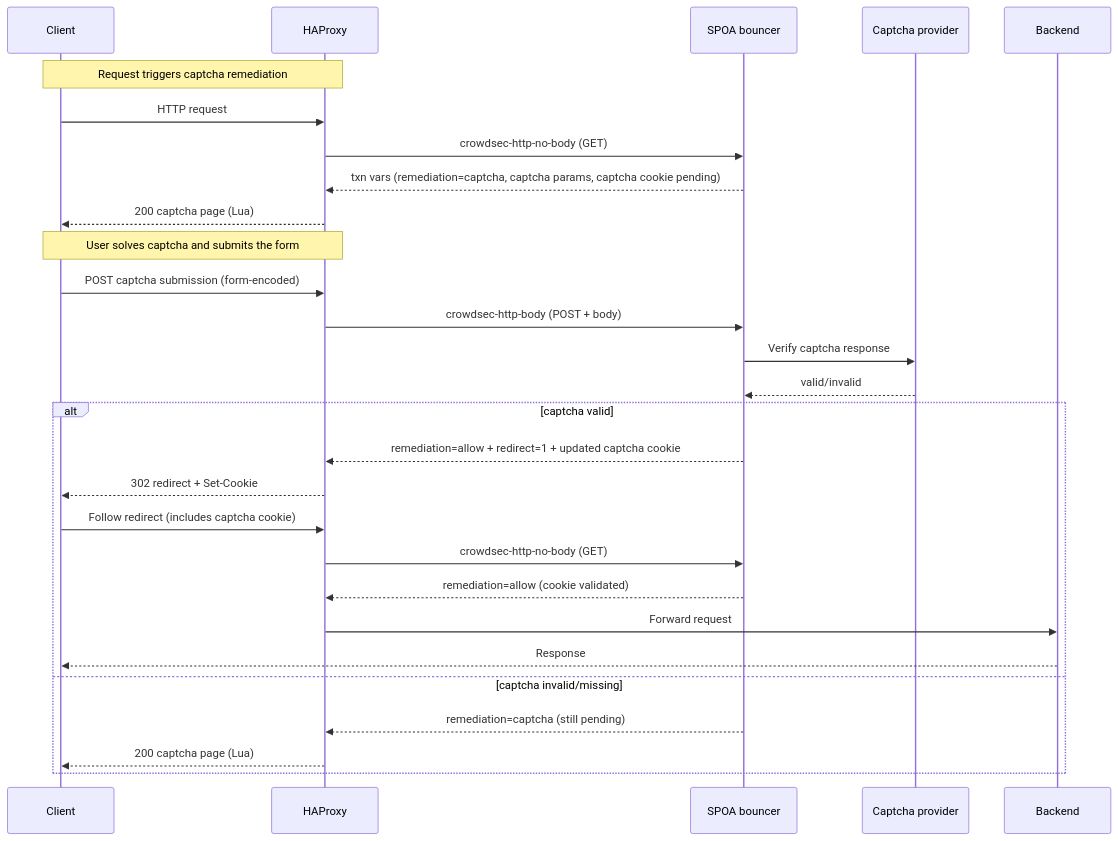
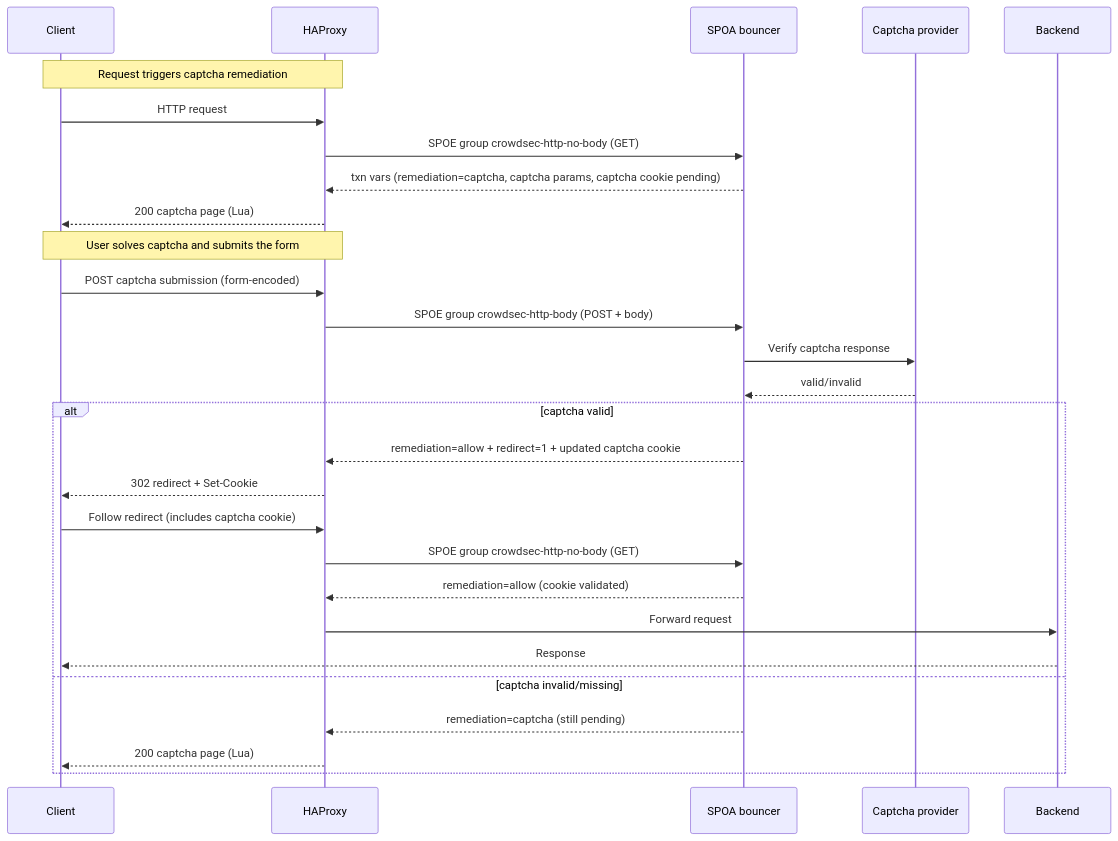
One commit to crowdsecurity/cs-haproxy-spoa-bouncer changed the fifth of 7 diagrams in README.md. Above: the diagram before and after it, drawn with Mermaid. The commit also changed other lines of this file, not shown here.

Commit message:
docs: clarify SPOE groups in flow

````diff
--- a/README.md
+++ b/README.md
@@ -134,33 +135,33 @@
 ```mermaid
 sequenceDiagram
     participant Client
     participant HAProxy
     participant SPOA as SPOA bouncer
     participant Provider as Captcha provider
     participant Backend
 
     Note over Client,HAProxy: Request triggers captcha remediation
     Client->>HAProxy: HTTP request
-    HAProxy->>SPOA: crowdsec-http-no-body (GET)
+    HAProxy->>SPOA: SPOE group crowdsec-http-no-body (GET)
     SPOA-->>HAProxy: txn vars (remediation=captcha, captcha params, captcha cookie pending)
     HAProxy-->>Client: 200 captcha page (Lua)
 
     Note over Client,HAProxy: User solves captcha and submits the form
     Client->>HAProxy: POST captcha submission (form-encoded)
-    HAProxy->>SPOA: crowdsec-http-body (POST + body)
+    HAProxy->>SPOA: SPOE group crowdsec-http-body (POST + body)
     SPOA->>Provider: Verify captcha response
     Provider-->>SPOA: valid/invalid
 
     alt captcha valid
         SPOA-->>HAProxy: remediation=allow + redirect=1 + updated captcha cookie
         HAProxy-->>Client: 302 redirect + Set-Cookie
         Client->>HAProxy: Follow redirect (includes captcha cookie)
-        HAProxy->>SPOA: crowdsec-http-no-body (GET)
+        HAProxy->>SPOA: SPOE group crowdsec-http-no-body (GET)
         SPOA-->>HAProxy: remediation=allow (cookie validated)
         HAProxy->>Backend: Forward request
         Backend-->>Client: Response
     else captcha invalid/missing
         SPOA-->>HAProxy: remediation=captcha (still pending)
         HAProxy-->>Client: 200 captcha page (Lua)
     end
 ```
````
